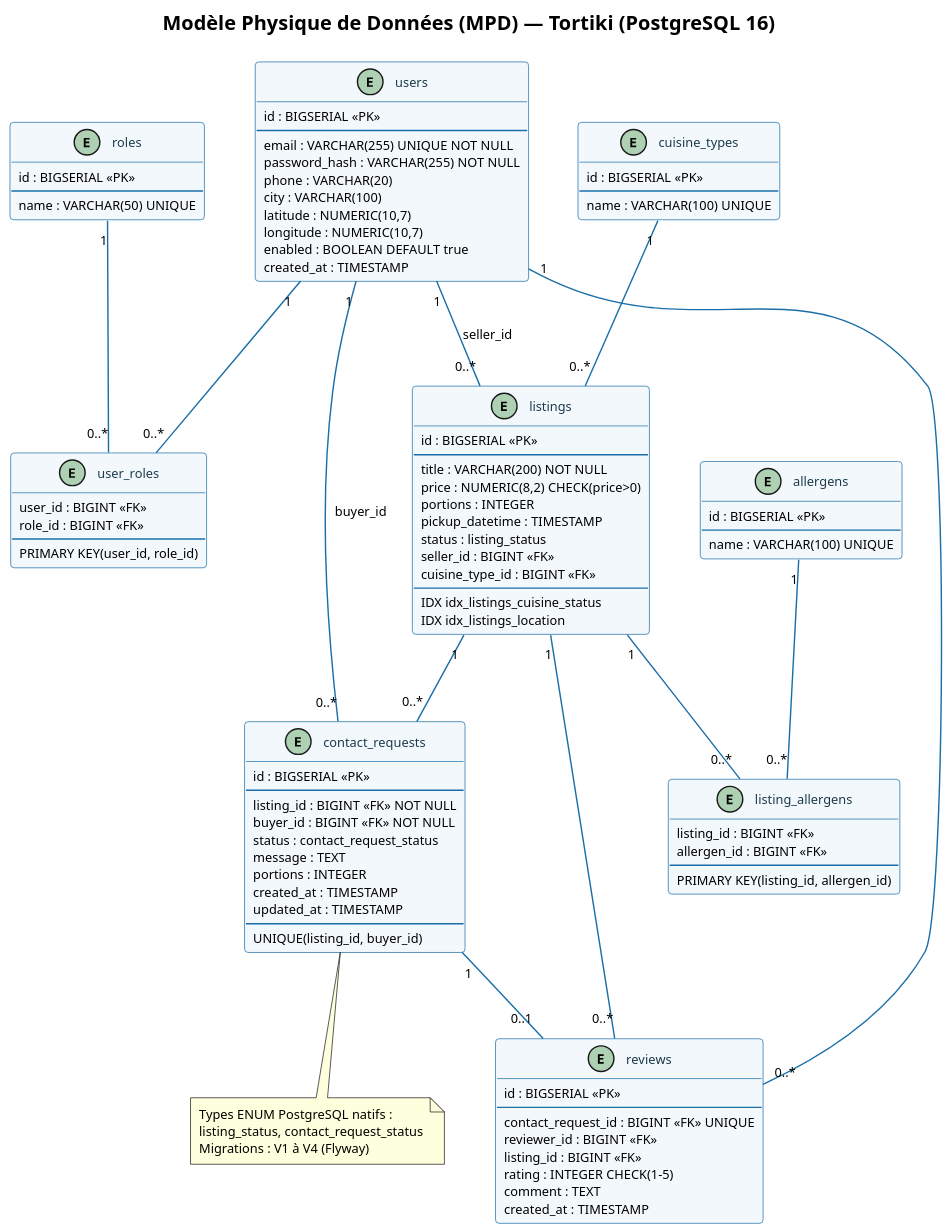
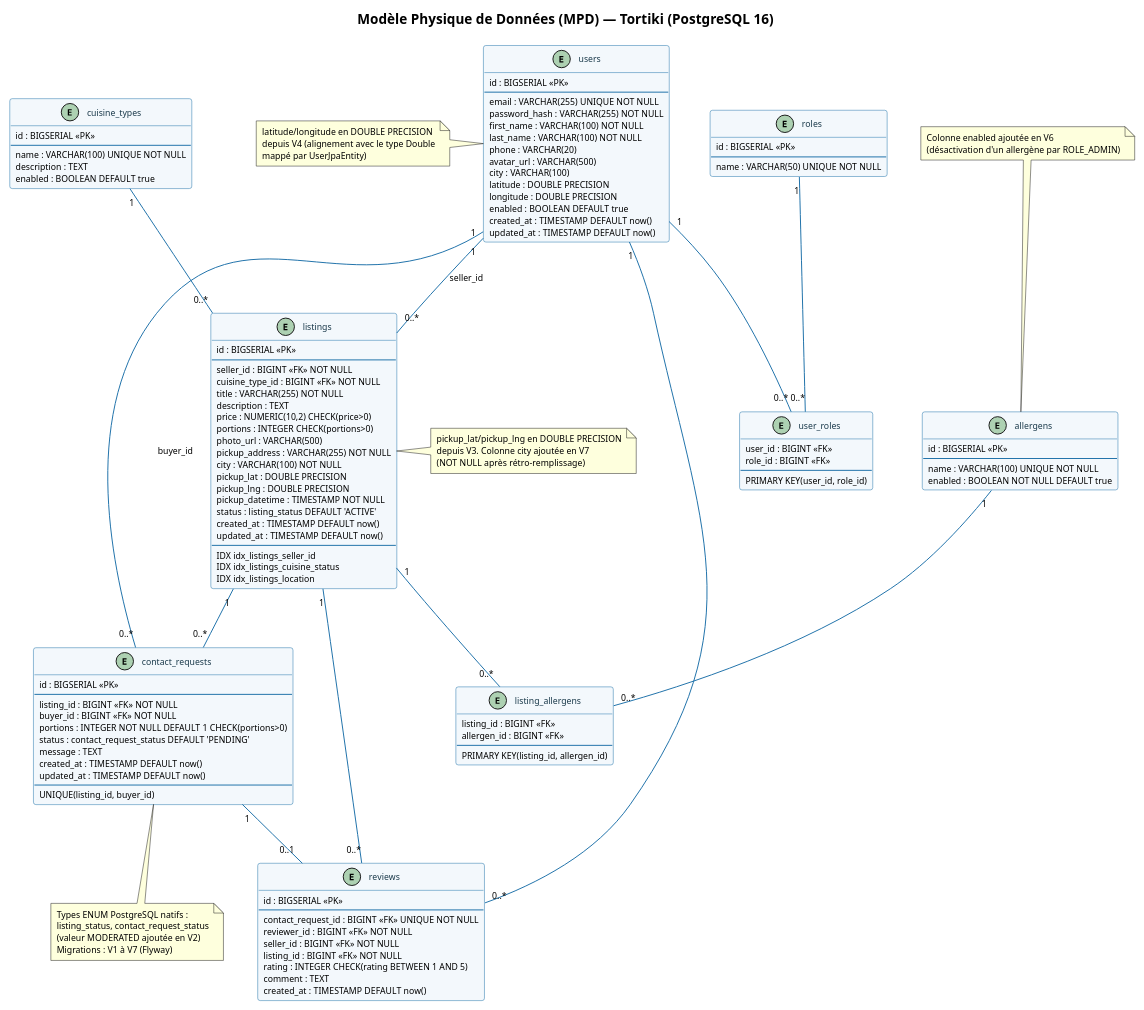
Before and after one commit to jferminh/tortiki-api: the diagram in docs/MPD_Tortiki.puml, drawn with PlantUML. The commit also changed 8 other files, not shown here.

Commit message:
docs(cda): dossier projet ajoute de diagrammes

```diff
--- a/docs/MPD_Tortiki.puml
+++ b/docs/MPD_Tortiki.puml
@@ -1,124 +1,159 @@
 @startuml MPD_Tortiki
 '== A4 portrait ==
 skinparam pageWidth 210mm
 skinparam pageMargin 10
 skinparam dpi 150
 scale max 800 width
 skinparam backgroundColor #FFFFFF
 skinparam defaultFontSize 9
 skinparam shadowing false
 
 skinparam class {
   BackgroundColor #F3F8FC
   BorderColor #1B6FA8
   FontColor #1B3A4B
   ArrowColor #1B6FA8
   FontSize 9
 }
 
 title Modèle Physique de Données (MPD) — Tortiki (PostgreSQL 16)
 
 entity "users" as t_user {
   id : BIGSERIAL <<PK>>
   --
   email : VARCHAR(255) UNIQUE NOT NULL
   password_hash : VARCHAR(255) NOT NULL
+  first_name : VARCHAR(100) NOT NULL
+  last_name : VARCHAR(100) NOT NULL
   phone : VARCHAR(20)
+  avatar_url : VARCHAR(500)
   city : VARCHAR(100)
-  latitude : NUMERIC(10,7)
-  longitude : NUMERIC(10,7)
+  latitude : DOUBLE PRECISION
+  longitude : DOUBLE PRECISION
   enabled : BOOLEAN DEFAULT true
-  created_at : TIMESTAMP
+  created_at : TIMESTAMP DEFAULT now()
+  updated_at : TIMESTAMP DEFAULT now()
 }
 
 entity "roles" as t_role {
   id : BIGSERIAL <<PK>>
   --
-  name : VARCHAR(50) UNIQUE
+  name : VARCHAR(50) UNIQUE NOT NULL
 }
 
 entity "user_roles" as t_ur {
   user_id : BIGINT <<FK>>
   role_id : BIGINT <<FK>>
   --
   PRIMARY KEY(user_id, role_id)
 }
 
 entity "listings" as t_list {
   id : BIGSERIAL <<PK>>
   --
-  title : VARCHAR(200) NOT NULL
-  price : NUMERIC(8,2) CHECK(price>0)
-  portions : INTEGER
-  pickup_datetime : TIMESTAMP
-  status : listing_status
-  seller_id : BIGINT <<FK>>
-  cuisine_type_id : BIGINT <<FK>>
+  seller_id : BIGINT <<FK>> NOT NULL
+  cuisine_type_id : BIGINT <<FK>> NOT NULL
+  title : VARCHAR(255) NOT NULL
+  description : TEXT
+  price : NUMERIC(10,2) CHECK(price>0)
+  portions : INTEGER CHECK(portions>0)
+  photo_url : VARCHAR(500)
+  pickup_address : VARCHAR(255) NOT NULL
+  city : VARCHAR(100) NOT NULL
+  pickup_lat : DOUBLE PRECISION
+  pickup_lng : DOUBLE PRECISION
+  pickup_datetime : TIMESTAMP NOT NULL
+  status : listing_status DEFAULT 'ACTIVE'
+  created_at : TIMESTAMP DEFAULT now()
+  updated_at : TIMESTAMP DEFAULT now()
   --
+  IDX idx_listings_seller_id
   IDX idx_listings_cuisine_status
   IDX idx_listings_location
 }
 
 entity "cuisine_types" as t_cuis {
   id : BIGSERIAL <<PK>>
   --
-  name : VARCHAR(100) UNIQUE
+  name : VARCHAR(100) UNIQUE NOT NULL
+  description : TEXT
+  enabled : BOOLEAN DEFAULT true
 }
 
 entity "allergens" as t_alrg {
   id : BIGSERIAL <<PK>>
   --
-  name : VARCHAR(100) UNIQUE
+  name : VARCHAR(100) UNIQUE NOT NULL
+  enabled : BOOLEAN NOT NULL DEFAULT true
 }
 
 entity "listing_allergens" as t_la {
   listing_id : BIGINT <<FK>>
   allergen_id : BIGINT <<FK>>
   --
   PRIMARY KEY(listing_id, allergen_id)
 }
 
 entity "contact_requests" as t_cr {
   id : BIGSERIAL <<PK>>
   --
   listing_id : BIGINT <<FK>> NOT NULL
   buyer_id : BIGINT <<FK>> NOT NULL
-  status : contact_request_status
+  portions : INTEGER NOT NULL DEFAULT 1 CHECK(portions>0)
+  status : contact_request_status DEFAULT 'PENDING'
   message : TEXT
-  portions : INTEGER
-  created_at : TIMESTAMP
-  updated_at : TIMESTAMP
+  created_at : TIMESTAMP DEFAULT now()
+  updated_at : TIMESTAMP DEFAULT now()
   --
   UNIQUE(listing_id, buyer_id)
 }
 
 entity "reviews" as t_rev {
   id : BIGSERIAL <<PK>>
   --
-  contact_request_id : BIGINT <<FK>> UNIQUE
-  reviewer_id : BIGINT <<FK>>
-  listing_id : BIGINT <<FK>>
-  rating : INTEGER CHECK(1-5)
+  contact_request_id : BIGINT <<FK>> UNIQUE NOT NULL
+  reviewer_id : BIGINT <<FK>> NOT NULL
+  seller_id : BIGINT <<FK>> NOT NULL
+  listing_id : BIGINT <<FK>> NOT NULL
+  rating : INTEGER CHECK(rating BETWEEN 1 AND 5)
   comment : TEXT
-  created_at : TIMESTAMP
+  created_at : TIMESTAMP DEFAULT now()
 }
 
 t_user "1" -- "0..*" t_list : seller_id
 t_user "1" -- "0..*" t_ur
 t_role "1" -- "0..*" t_ur
 t_cuis "1" -- "0..*" t_list
 t_list "1" -- "0..*" t_la
 t_alrg "1" -- "0..*" t_la
 t_list "1" -- "0..*" t_cr
 t_user "1" -- "0..*" t_cr : buyer_id
 t_cr "1" -- "0..1" t_rev
 t_user "1" -- "0..*" t_rev
 t_list "1" -- "0..*" t_rev
 
 note bottom of t_cr
   Types ENUM PostgreSQL natifs :
   listing_status, contact_request_status
-  Migrations : V1 à V4 (Flyway)
+  (valeur MODERATED ajoutée en V2)
+  Migrations : V1 à V7 (Flyway)
+end note
+
+note left of t_user
+  latitude/longitude en DOUBLE PRECISION
+  depuis V4 (alignement avec le type Double
+  mappé par UserJpaEntity)
+end note
+
+note right of t_list
+  pickup_lat/pickup_lng en DOUBLE PRECISION
+  depuis V3. Colonne city ajoutée en V7
+  (NOT NULL après rétro-remplissage)
+end note
+
+note top of t_alrg
+  Colonne enabled ajoutée en V6
+  (désactivation d'un allergène par ROLE_ADMIN)
 end note
 
 @enduml
```
